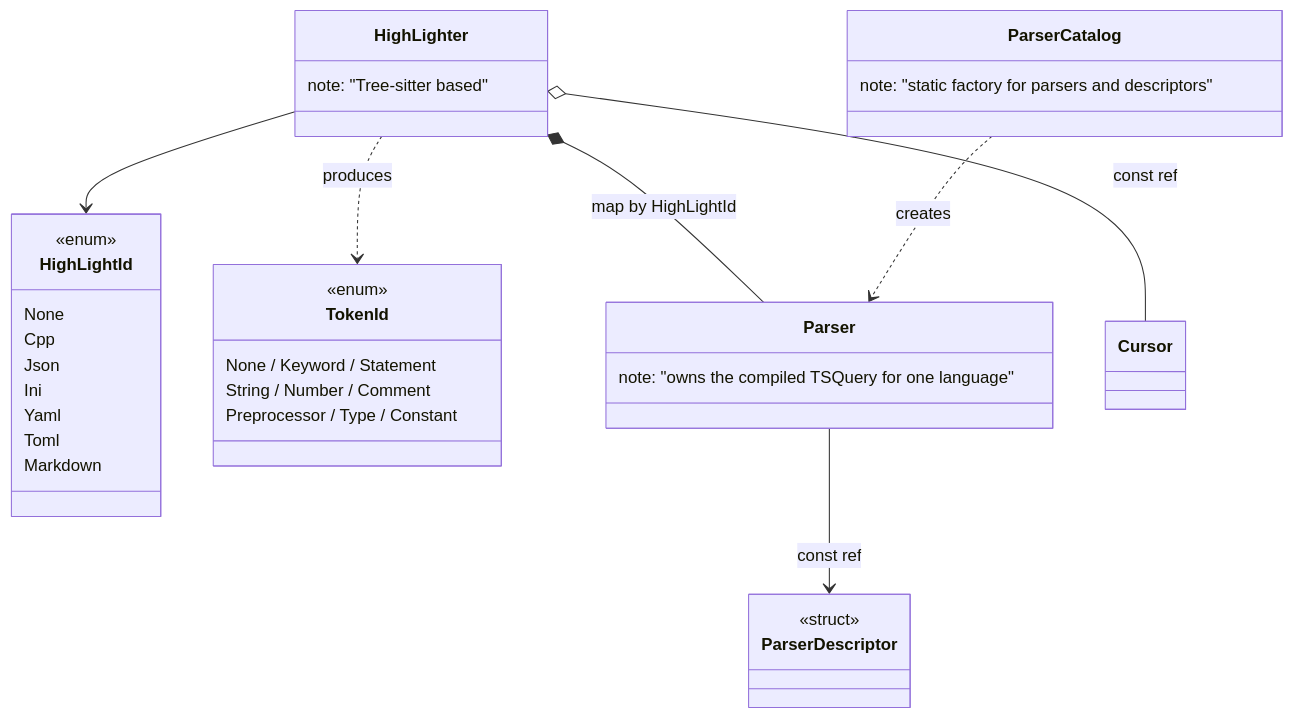
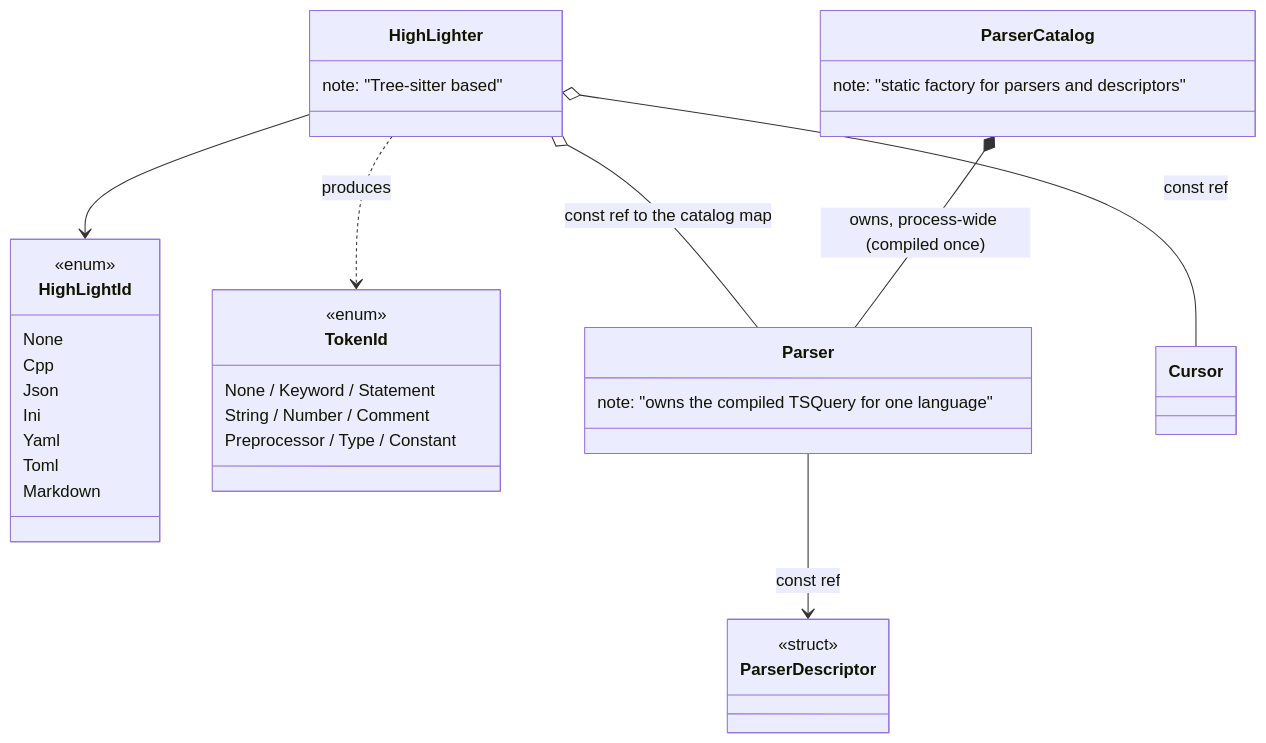
One commit to notnotme/bbloc changed the fifth of 10 diagrams in docs/class_diagram.md. Above: the diagram before and after it, drawn with Mermaid. The commit also changed other lines of this file and 4 other files, not shown here.

````diff
--- a/docs/class_diagram.md
+++ b/docs/class_diagram.md
@@ -133,39 +133,39 @@
 ```mermaid
 classDiagram
     class HighLighter {
         note: "Tree-sitter based"
     }
     class HighLightId {
         <<enum>>
         None
         Cpp
         Json
         Ini
         Yaml
         Toml
         Markdown
     }
     class TokenId {
         <<enum>>
         None / Keyword / Statement
         String / Number / Comment
         Preprocessor / Type / Constant
     }
     class Parser {
         note: "owns the compiled TSQuery for one language"
     }
     class ParserDescriptor {
         <<struct>>
     }
     class ParserCatalog {
         note: "static factory for parsers and descriptors"
     }
     class Cursor
 
     HighLighter o-- Cursor : const ref
-    HighLighter *-- Parser : map by HighLightId
+    HighLighter o-- Parser : const ref to the catalog map
     Parser --> ParserDescriptor : const ref
-    ParserCatalog ..> Parser : creates
+    ParserCatalog *-- Parser : owns, process-wide (compiled once)
     HighLighter --> HighLightId
     HighLighter ..> TokenId : produces
 ```
````
